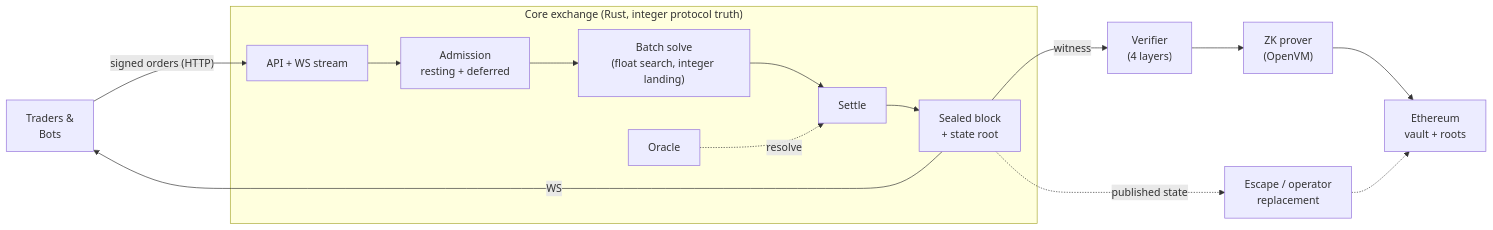
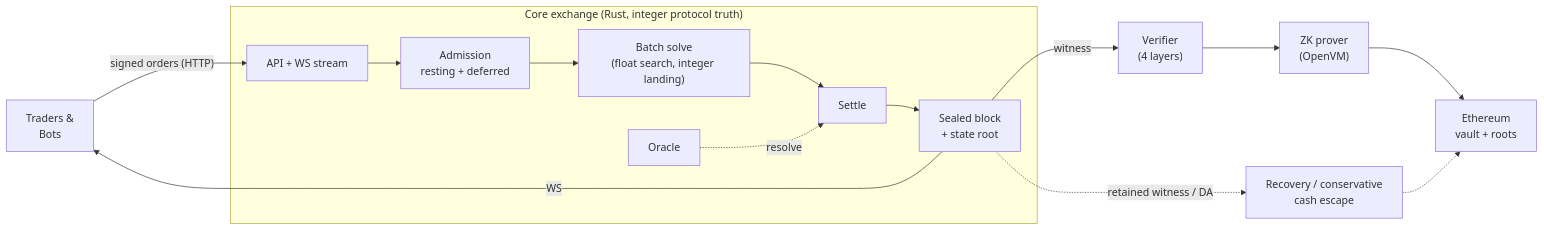
One commit to MetaB0y/sybil changed the first of 2 diagrams in docs/README.md. Above: the diagram before and after it, drawn with Mermaid. The commit also changed other lines of this file and 72 other files, not shown here.

````diff
--- a/docs/README.md
+++ b/docs/README.md
@@ -35,16 +36,16 @@
 ```mermaid
 graph LR
     T["Traders &<br/>Bots"] -->|"signed orders (HTTP)"| API
     subgraph core["Core exchange (Rust, integer protocol truth)"]
         API["API + WS stream"] --> MP["Admission<br/>resting + deferred"]
         MP --> SOLVE["Batch solve<br/>(float search, integer landing)"]
         SOLVE --> SETTLE["Settle"]
         SETTLE --> BLOCK["Sealed block<br/>+ state root"]
         ORACLE["Oracle"] -.->|resolve| SETTLE
     end
     BLOCK -->|WS| T
     BLOCK -->|"witness"| VER["Verifier<br/>(4 layers)"]
     VER --> PROVER["ZK prover<br/>(OpenVM)"] --> L1["Ethereum<br/>vault + roots"]
-    BLOCK -.->|"published state"| ESCAPE["Escape / operator<br/>replacement"]
+    BLOCK -.->|"retained witness / DA"| ESCAPE["Recovery / conservative<br/>cash escape"]
     ESCAPE -.-> L1
 ```
````
